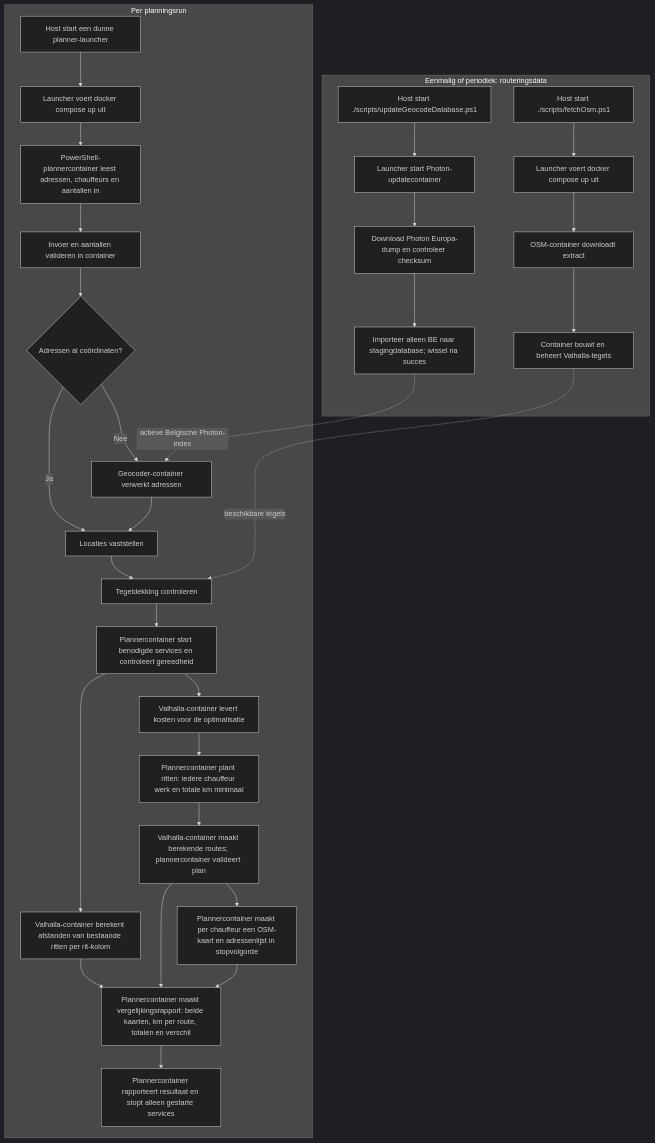
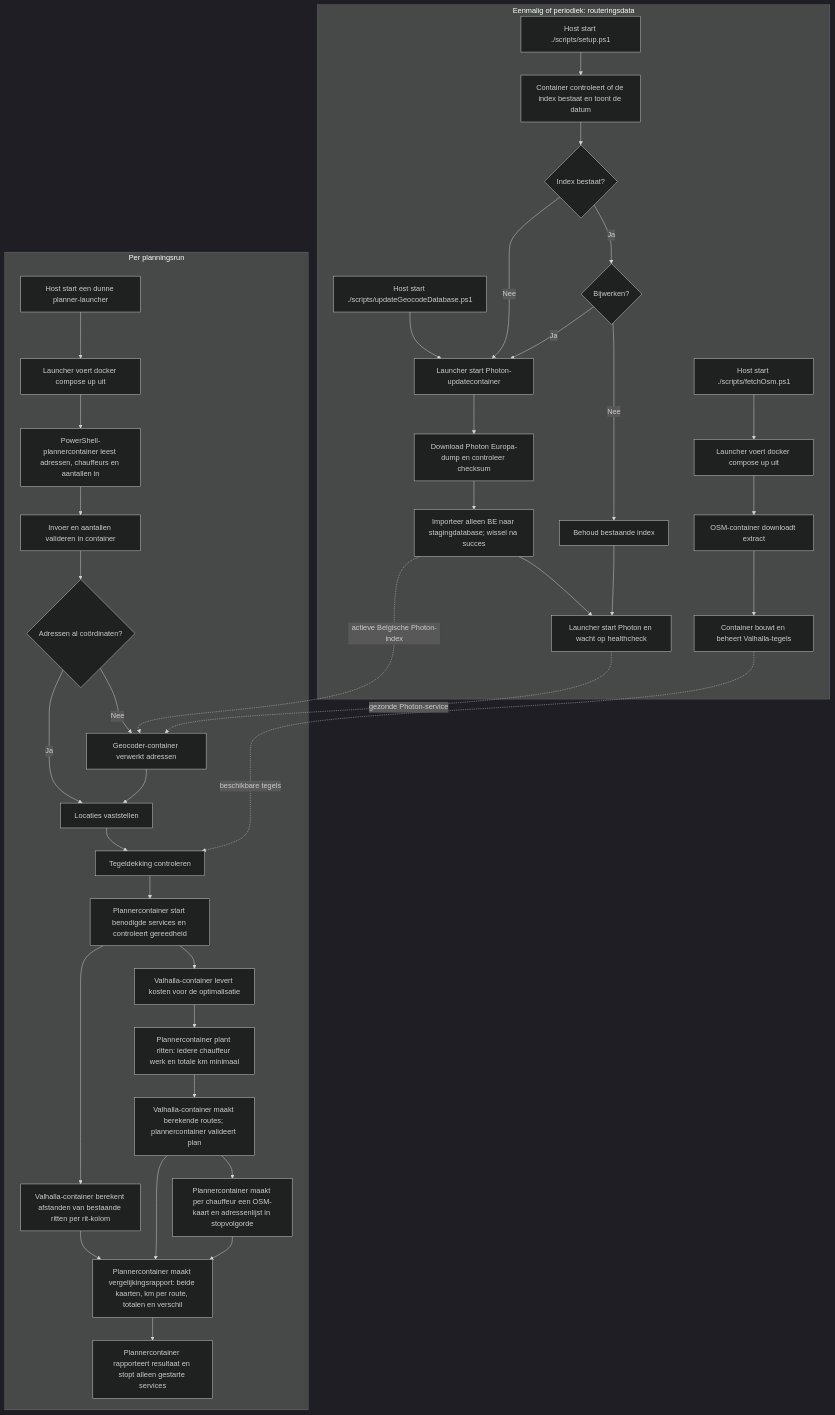
The diagram in README.md (j-dc/jdc.routePlanner), drawn with Mermaid (dark theme) before and after one commit. The commit also changed other lines of this file and 2 other files, not shown here.

Commit message:
Add setup script for Photon geocoder database management and service startup

````diff
--- a/README.md
+++ b/README.md
@@ -49,35 +49,44 @@
 ```mermaid
 flowchart TD
 	subgraph DataPrep["Eenmalig of periodiek: routeringsdata"]
 		S1["Host start ./scripts/fetchOsm.ps1"] --> A["Launcher voert docker compose up uit"]
 		A --> B1["OSM-container downloadt extract"]
 		B1 --> B["Container bouwt en beheert Valhalla-tegels"]
 		S2["Host start ./scripts/updateGeocodeDatabase.ps1"] --> C2["Launcher start Photon-updatecontainer"]
 		C2 --> D2["Download Photon Europa-dump en controleer checksum"]
 		D2 --> E2["Importeer alleen BE naar stagingdatabase; wissel na succes"]
+		S3["Host start ./scripts/setup.ps1"] --> E3["Container controleert of de index bestaat en toont de datum"]
+		E3 --> E4{"Index bestaat?"}
+		E4 -- "Nee" --> C2
+		E4 -- "Ja" --> E5{"Bijwerken?"}
+		E5 -- "Ja" --> C2
+		E5 -- "Nee" --> E6["Behoud bestaande index"]
+		E2 --> E7["Launcher start Photon en wacht op healthcheck"]
+		E6 --> E7
 	end
 
 	subgraph Planning["Per planningsrun"]
 		S["Host start een dunne planner-launcher"] --> C1["Launcher voert docker compose up uit"]
 		C1 --> C["PowerShell-plannercontainer leest adressen, chauffeurs en aantallen in"]
 		C --> D["Invoer en aantallen valideren in container"]
 		D --> E{"Adressen al coördinaten?"}
 		E -- Nee --> F["Geocoder-container verwerkt adressen"]
 		E -- Ja --> G["Locaties vaststellen"]
 		F --> G
 		G --> H["Tegeldekking controleren"]
 		H --> I["Plannercontainer start benodigde services en controleert gereedheid"]
 		I --> J["Valhalla-container berekent afstanden van bestaande ritten per rit-kolom"]
 		I --> K["Valhalla-container levert kosten voor de optimalisatie"]
 		K --> L["Plannercontainer plant ritten: iedere chauffeur werk en totale km minimaal"]
 		L --> N["Valhalla-container maakt berekende routes; plannercontainer valideert plan"]
 		N --> O["Plannercontainer maakt per chauffeur een OSM-kaart en adressenlijst in stopvolgorde"]
 		J --> P["Plannercontainer maakt vergelijkingsrapport: beide kaarten, km per route, totalen en verschil"]
 		N --> P
 		O --> P
 		P --> M["Plannercontainer rapporteert resultaat en stopt alleen gestarte services"]
 	end
 
 	B -. "beschikbare tegels" .-> H
 	E2 -. "actieve Belgische Photon-index" .-> F
+	E7 -. "gezonde Photon-service" .-> F
 ```
````
